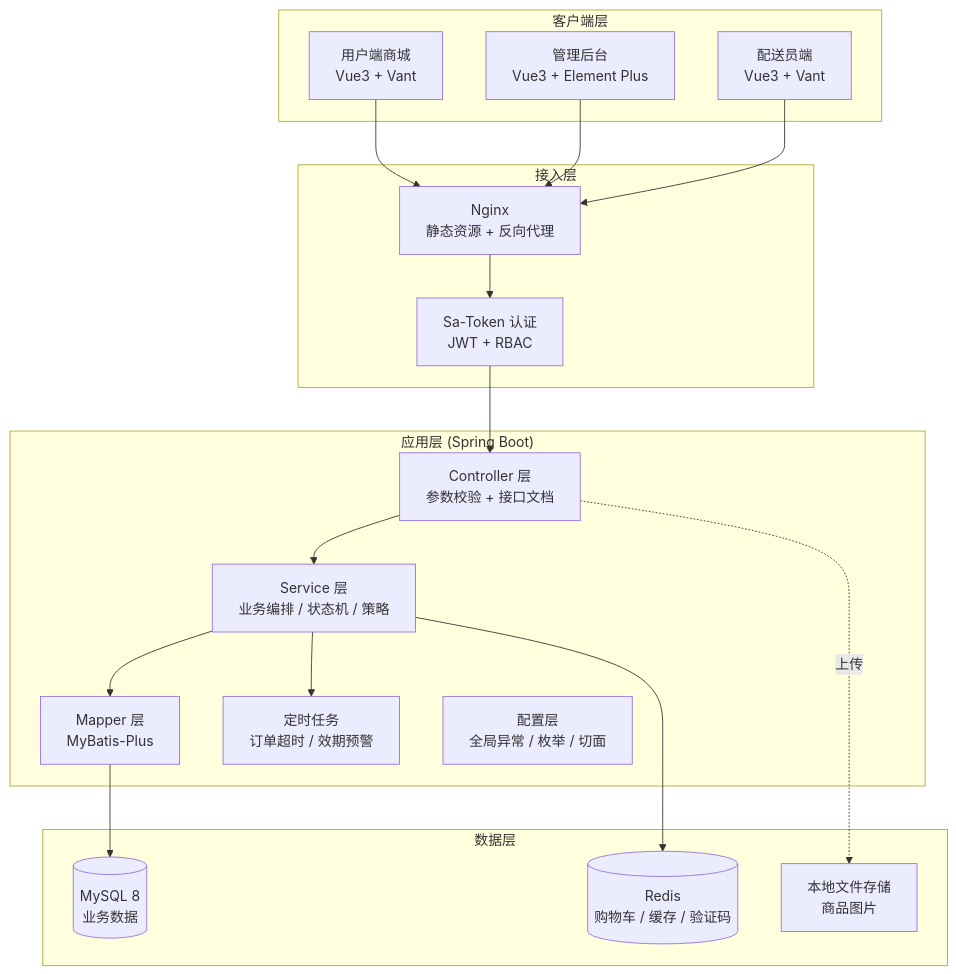
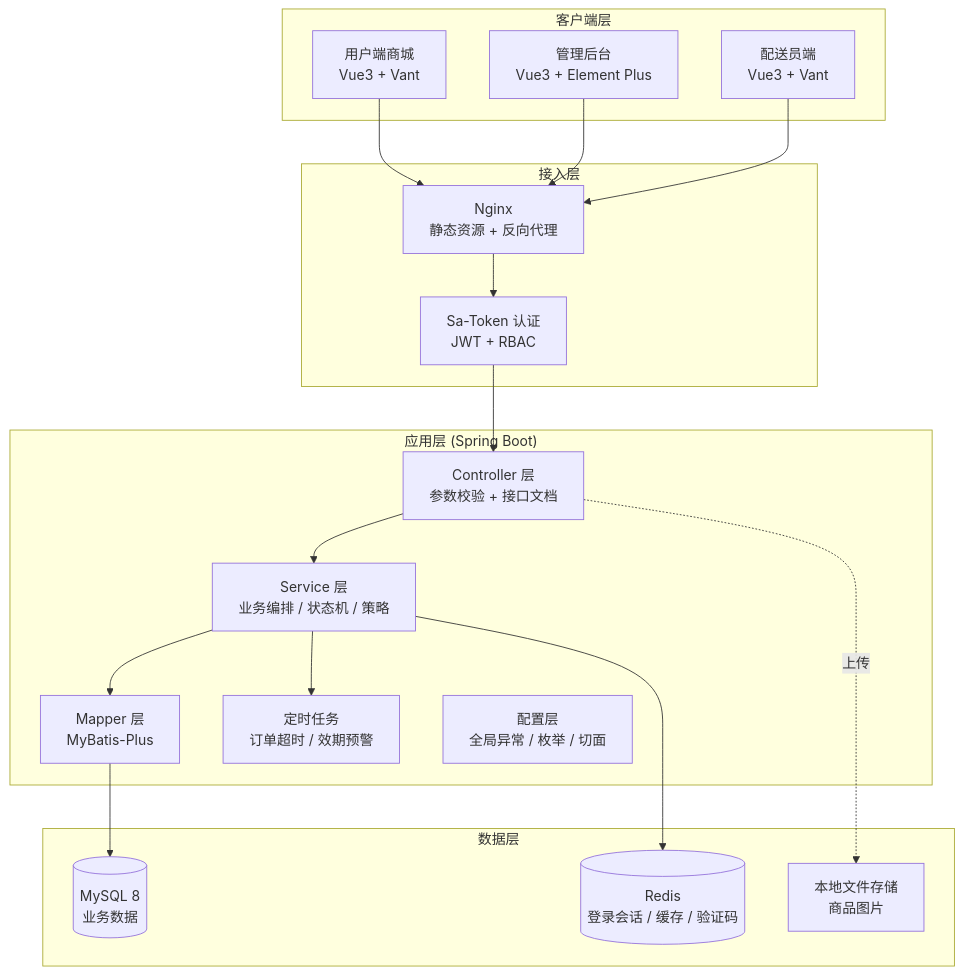
Before and after one commit to chenchuiqing/FreshMeal: the diagram in docs/03-系统总体设计.md, drawn with Mermaid. The commit also changed other lines of this file and 2 other files, not shown here.

````diff
--- a/docs/03-系统总体设计.md
+++ b/docs/03-系统总体设计.md
@@ -51,39 +51,39 @@
 ```mermaid
 graph TB
     subgraph CLIENT["客户端层"]
         SHOP["用户端商城<br/>Vue3 + Vant"]
         ADMIN["管理后台<br/>Vue3 + Element Plus"]
         RIDER["配送员端<br/>Vue3 + Vant"]
     end
 
     subgraph GATEWAY["接入层"]
         NGINX["Nginx<br/>静态资源 + 反向代理"]
         FILTER["Sa-Token 认证<br/>JWT + RBAC"]
     end
 
     subgraph APP["应用层 (Spring Boot)"]
         CTRL["Controller 层<br/>参数校验 + 接口文档"]
         SVC["Service 层<br/>业务编排 / 状态机 / 策略"]
         MAPPER["Mapper 层<br/>MyBatis-Plus"]
         JOB["定时任务<br/>订单超时 / 效期预警"]
         CFG["配置层<br/>全局异常 / 枚举 / 切面"]
     end
 
     subgraph DATA["数据层"]
         MYSQL[("MySQL 8<br/>业务数据")]
-        REDIS[("Redis<br/>购物车 / 缓存 / 验证码")]
+        REDIS[("Redis<br/>登录会话 / 缓存 / 验证码")]
         FILE["本地文件存储<br/>商品图片"]
     end
 
     SHOP --> NGINX
     ADMIN --> NGINX
     RIDER --> NGINX
     NGINX --> FILTER
     FILTER --> CTRL
     CTRL --> SVC
     SVC --> MAPPER
     SVC --> REDIS
     SVC --> JOB
     MAPPER --> MYSQL
     CTRL -.上传.-> FILE
 ```
````
